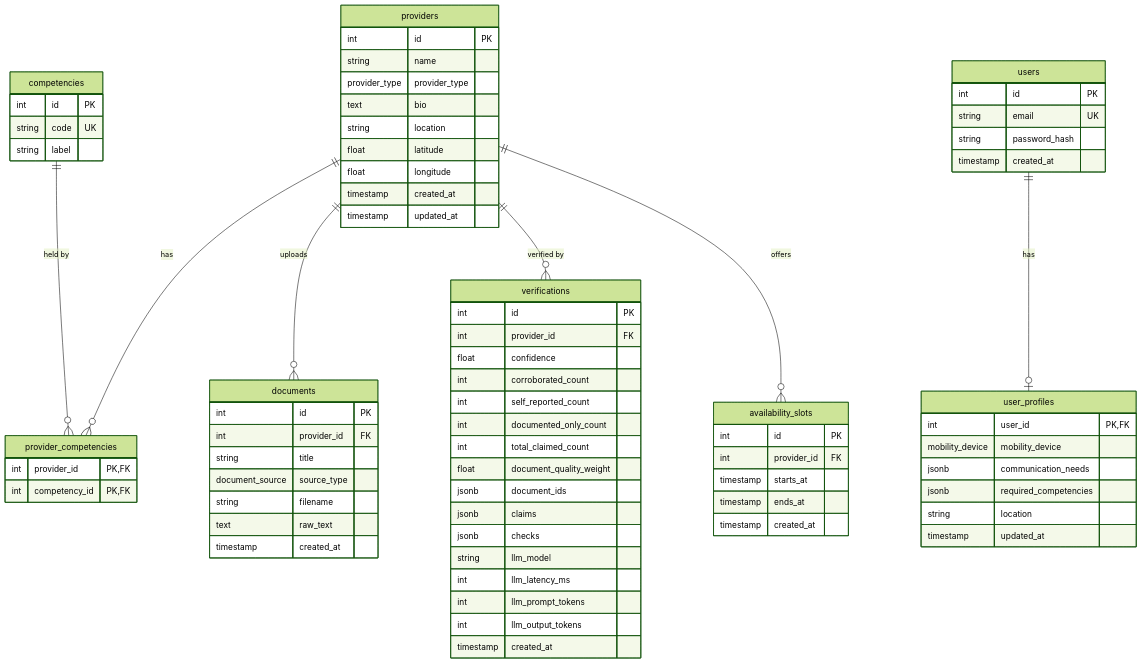
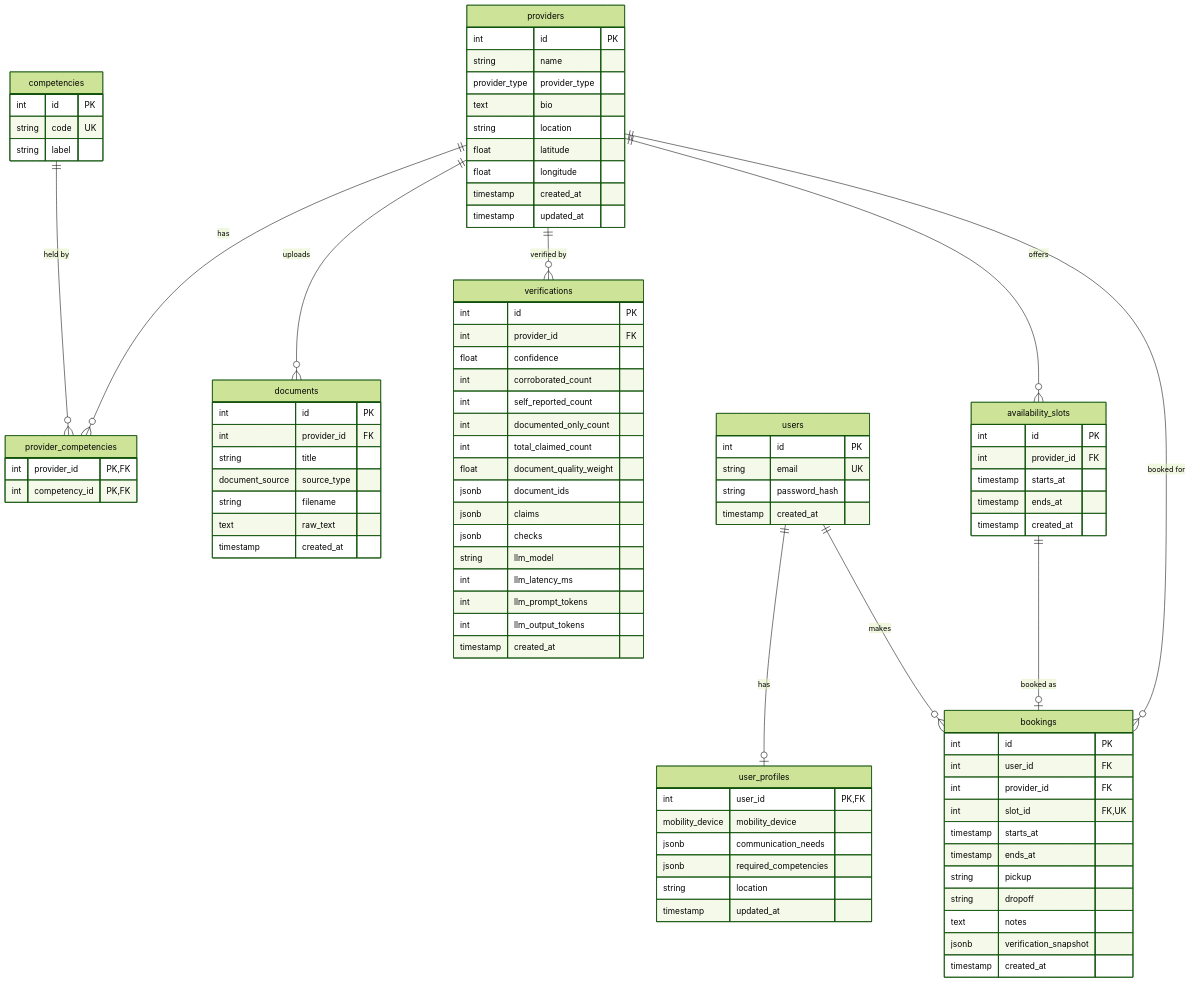
One commit to ernqiteng/Vouch changed the diagram in docs/databaseschema.md. Above: the diagram before and after it, drawn with Mermaid (forest theme). The commit also changed other lines of this file, not shown here.

Commit message:
docs: add bookings and verification snapshot to database schema

````diff
--- a/docs/databaseschema.md
+++ b/docs/databaseschema.md
@@ -14,6 +14,9 @@
     providers ||--o{ verifications : "verified by"
     users ||--o| user_profiles : has
     providers ||--o{ availability_slots : offers
+    users ||--o{ bookings : makes
+    providers ||--o{ bookings : "booked for"
+    availability_slots ||--o| bookings : "booked as"
 
     providers {
         int id PK
@@ -83,4 +86,17 @@
         timestamp ends_at
         timestamp created_at
     }
+    bookings {
+        int id PK
+        int user_id FK
+        int provider_id FK
+        int slot_id FK, UK
+        timestamp starts_at
+        timestamp ends_at
+        string pickup
+        string dropoff
+        text notes
+        jsonb verification_snapshot
+        timestamp created_at
+    }
 ```
````
